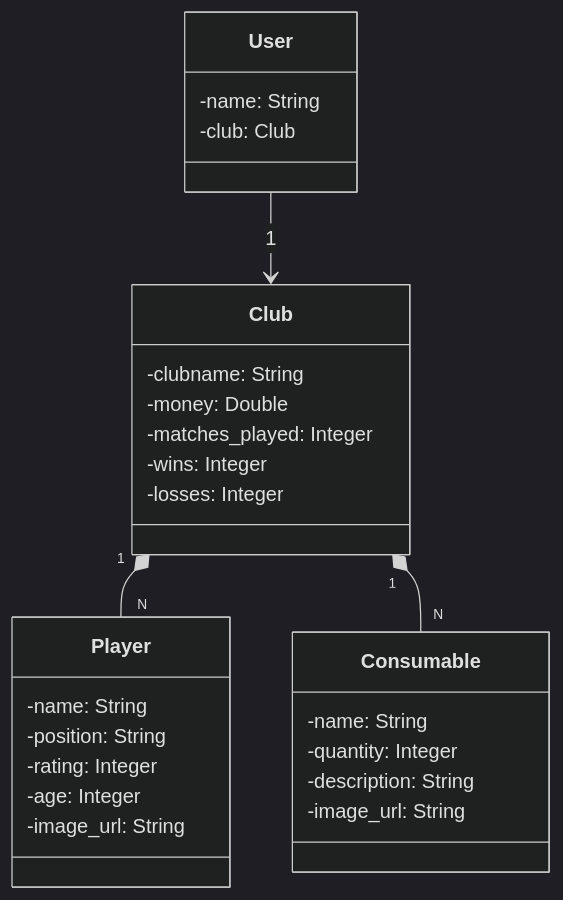
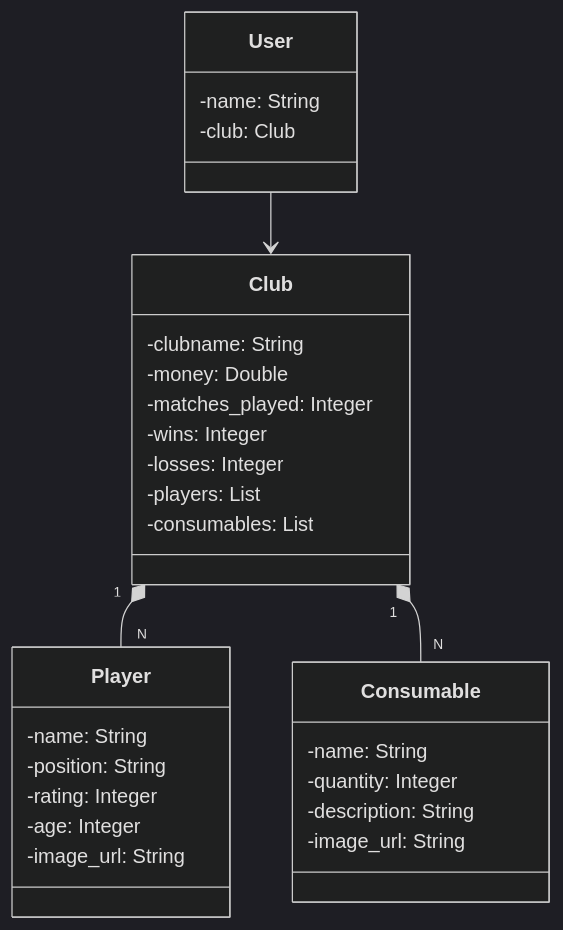
The diagram in README.md (marco052/my-football-club), drawn with Mermaid (dark theme) before and after one commit.

````diff
--- a/README.md
+++ b/README.md
@@ -3,36 +3,38 @@
 ```mermaid
 classDiagram
   class User {
     -name: String
     -club: Club
   }
 
   class Club {
     -clubname: String
     -money: Double
     -matches_played: Integer
     -wins: Integer
     -losses: Integer
+    -players: List<Player>
+    -consumables: List<Consumable>
   }
 
   class Player {
     -name: String
     -position: String
     -rating: Integer
     -age: Integer
     -image_url: String
   }
 
   class Consumable {
     -name: String
     -quantity: Integer
     -description: String
     -image_url: String
   }
 
-  User --> Club : 1
-  Club "1"*--"N" Player
-  Club "1"*--"N" Consumable
+  User --> Club
+  Club "1" *-- "N" Player
+  Club "1" *-- "N" Consumable
 
 
 ```
````
